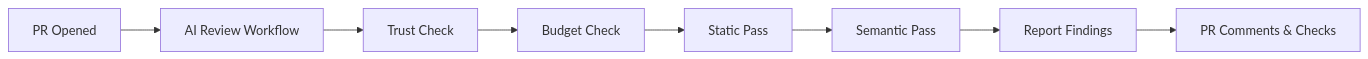
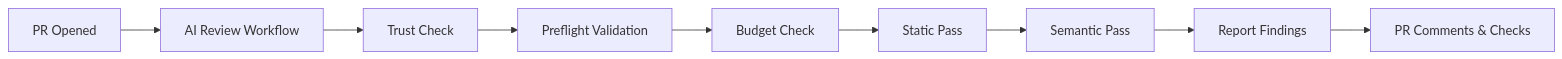
Before and after one commit to oddessentials/odd-ai-reviewers: the diagram in README.md, drawn with Mermaid. The commit also changed other lines of this file and 1 other file, not shown here.

First line of the commit message:
docs: update MERMAID.md and README.md with model-provider validation

````diff
--- a/README.md
+++ b/README.md
@@ -77,10 +85,11 @@
 ```mermaid
 graph LR
     A[PR Opened] --> B[AI Review Workflow]
     B --> C[Trust Check]
-    C --> D[Budget Check]
-    D --> E[Static Pass]
-    E --> F[Semantic Pass]
-    F --> G[Report Findings]
-    G --> H[PR Comments & Checks]
+    C --> D[Preflight Validation]
+    D --> E[Budget Check]
+    E --> F[Static Pass]
+    F --> G[Semantic Pass]
+    G --> H[Report Findings]
+    H --> I[PR Comments & Checks]
 ```
````
